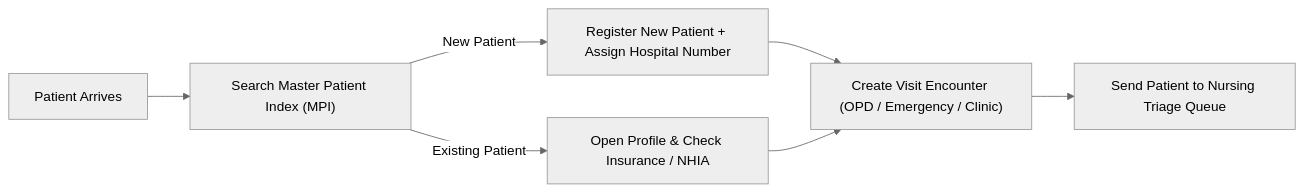
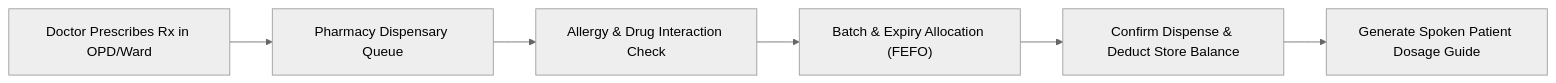
Before and after one commit to EmmanuelVegher/TerkHealth360: the third of 3 diagrams in docs/HOSPITAL_USER_MANUAL.md, drawn with Mermaid (neutral theme). The commit also changed other lines of this file, not shown here.

Commit message:
Update master manual with cross-platform installations (Win/Mac/Linux) and cross-cutting workflow diagrams

````diff
--- a/docs/HOSPITAL_USER_MANUAL.md
+++ b/docs/HOSPITAL_USER_MANUAL.md
@@ -105,9 +333,8 @@
 ```mermaid
 flowchart LR
-    A["Patient Arrives"] --> B["Search Master Patient Index (MPI)"]
-    B -->|"New Patient"| C["Register New Patient + Assign Hospital Number"]
-    B -->|"Existing Patient"| D["Open Profile & Check Insurance / NHIA"]
-    C --> E["Create Visit Encounter (OPD / Emergency / Clinic)"]
-    D --> E
-    E --> F["Send Patient to Nursing Triage Queue"]
+    Rx["Doctor Prescribes Rx in OPD/Ward"] --> Queue["Pharmacy Dispensary Queue"]
+    Queue --> Safety["Allergy & Drug Interaction Check"]
+    Safety --> FEFO["Batch & Expiry Allocation (FEFO)"]
+    FEFO --> Dispense["Confirm Dispense & Deduct Store Balance"]
+    Dispense --> Audio["Generate Spoken Patient Dosage Guide"]
 ```
````
